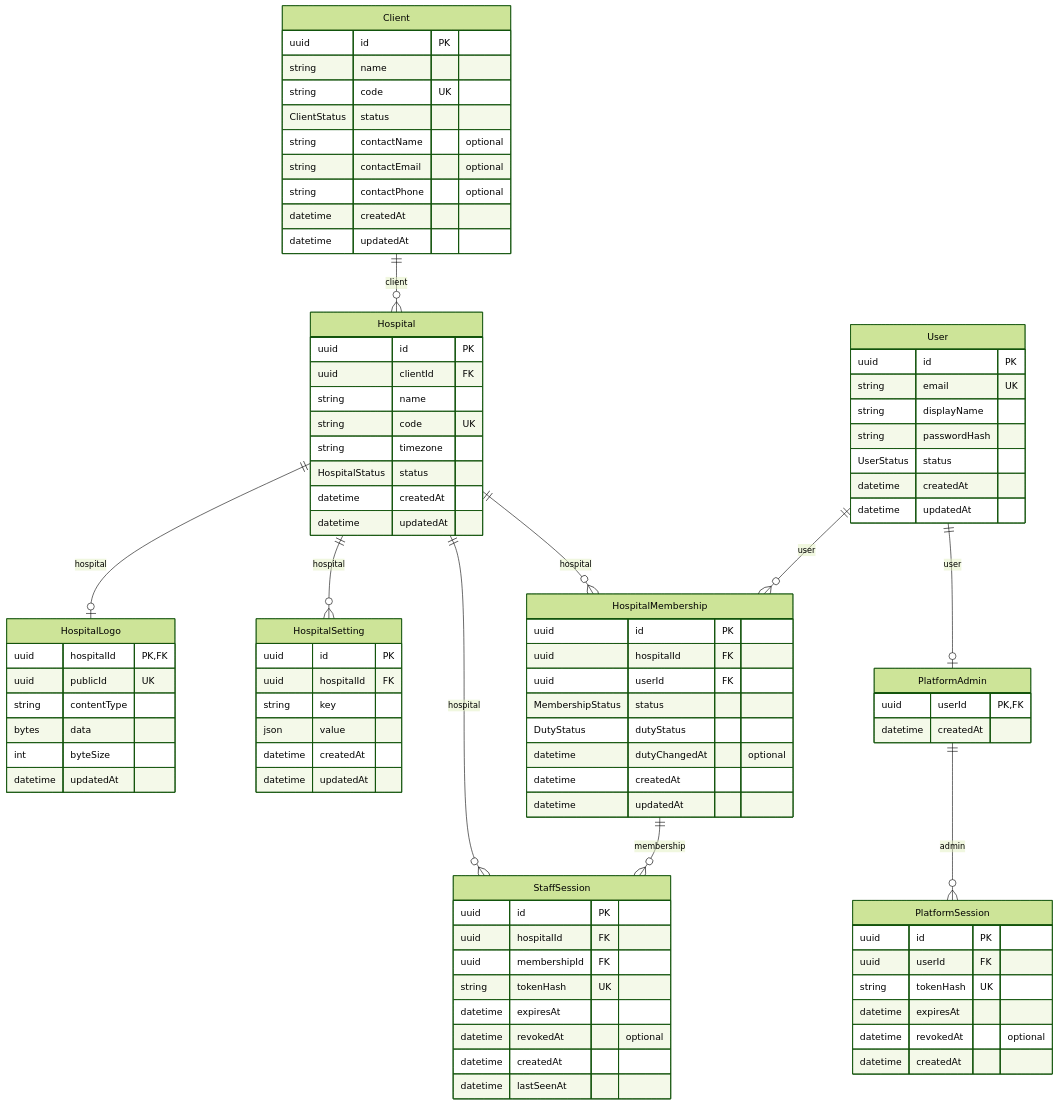
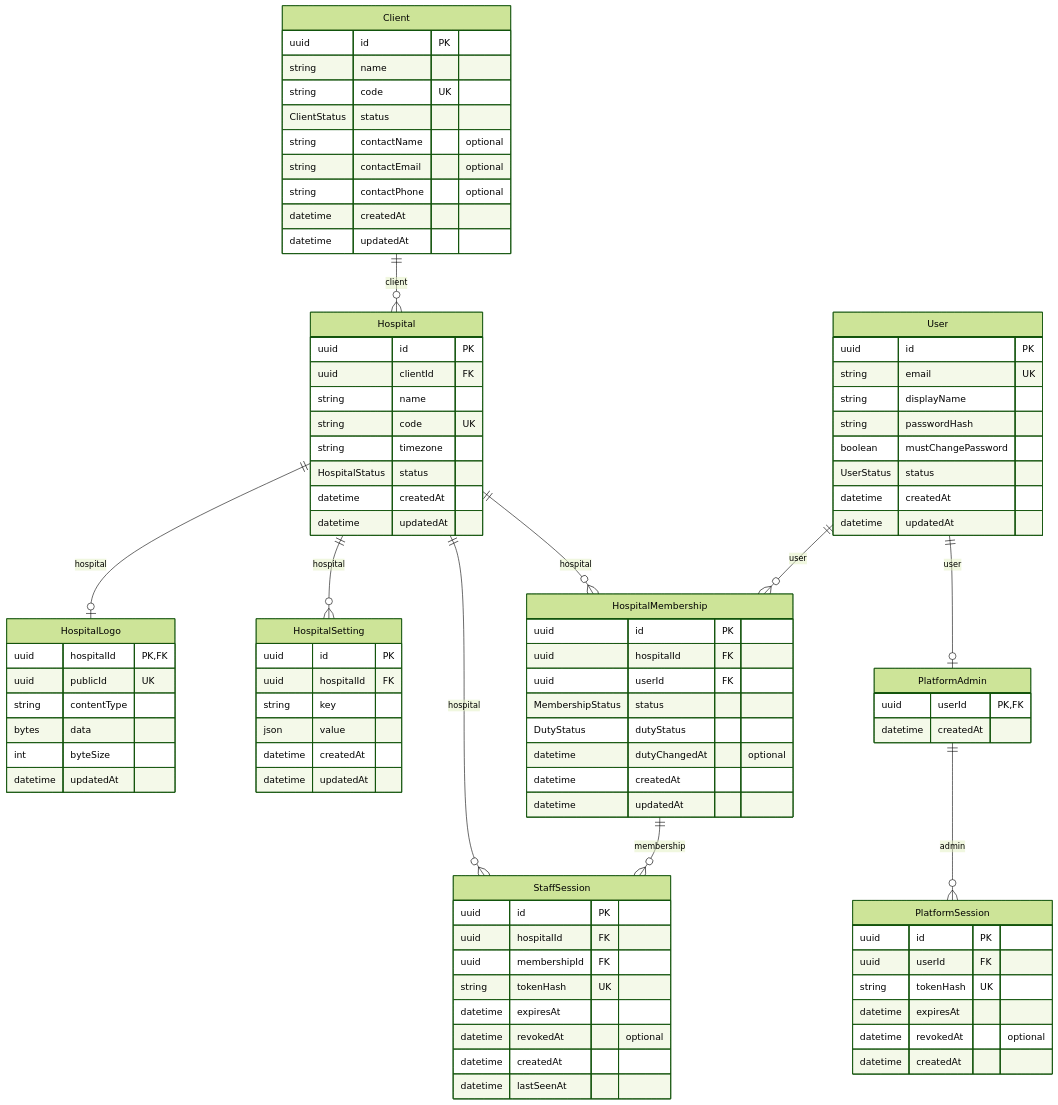
Before and after one commit to Vishal120703/QR_based-hospital-management-system: the second of 7 diagrams in docs/database/er-diagram.md, drawn with Mermaid (forest theme). The commit also changed 36 other files, not shown here.

```diff
--- a/docs/database/er-diagram.md
+++ b/docs/database/er-diagram.md
@@ -114,6 +114,7 @@
     string email UK
     string displayName
     string passwordHash
+    boolean mustChangePassword
     UserStatus status
     datetime createdAt
     datetime updatedAt
```
